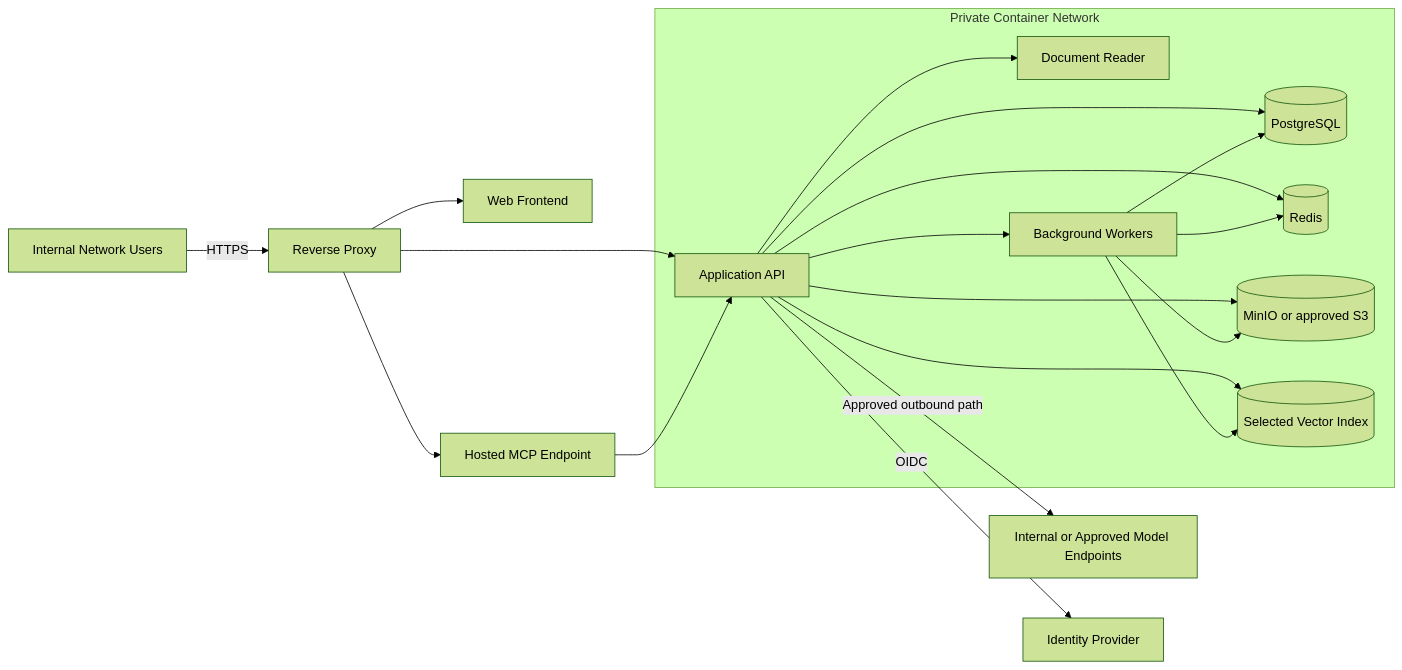
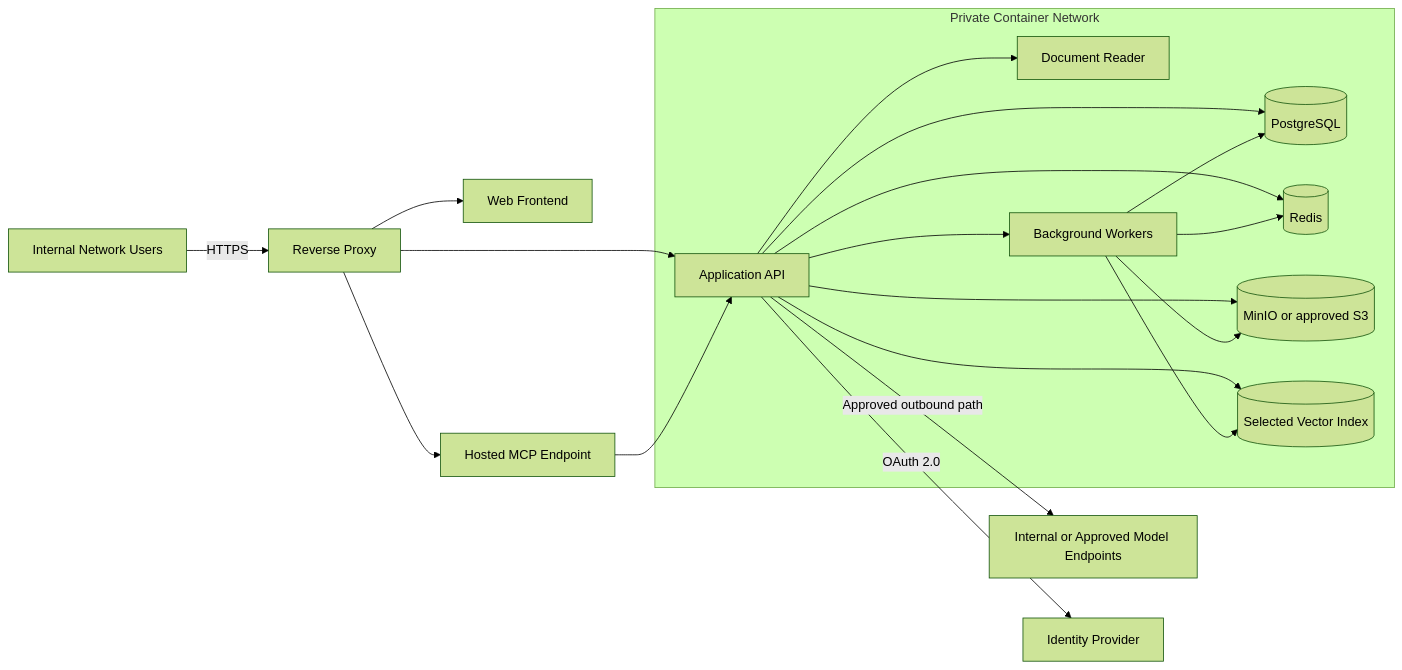
Before and after one commit to gawaineLee77/MyKB: the fifth of 5 diagrams in docs/OVERALL_DESIGN.md, drawn with Mermaid (forest theme). The commit also changed other lines of this file and 106 other files, not shown here.

````diff
--- a/docs/OVERALL_DESIGN.md
+++ b/docs/OVERALL_DESIGN.md
@@ -982,24 +1008,24 @@
 ```mermaid
 flowchart LR
     USERS[Internal Network Users] -->|HTTPS| PROXY[Reverse Proxy]
     PROXY --> FE[Web Frontend]
     PROXY --> APP[Application API]
     PROXY --> MCP[Hosted MCP Endpoint]
     MCP --> APP
 
     subgraph Private Container Network
         APP --> PG[(PostgreSQL)]
         APP --> REDIS[(Redis)]
         APP --> OBJ[(MinIO or approved S3)]
         APP --> VEC[(Selected Vector Index)]
         APP --> DOC[Document Reader]
         APP --> WORKER[Background Workers]
         WORKER --> PG
         WORKER --> REDIS
         WORKER --> OBJ
         WORKER --> VEC
     end
 
     APP -->|Approved outbound path| MODELS[Internal or Approved Model Endpoints]
-    APP -->|OIDC| IDP[Identity Provider]
+    APP -->|OAuth 2.0| IDP[Identity Provider]
 ```
````
